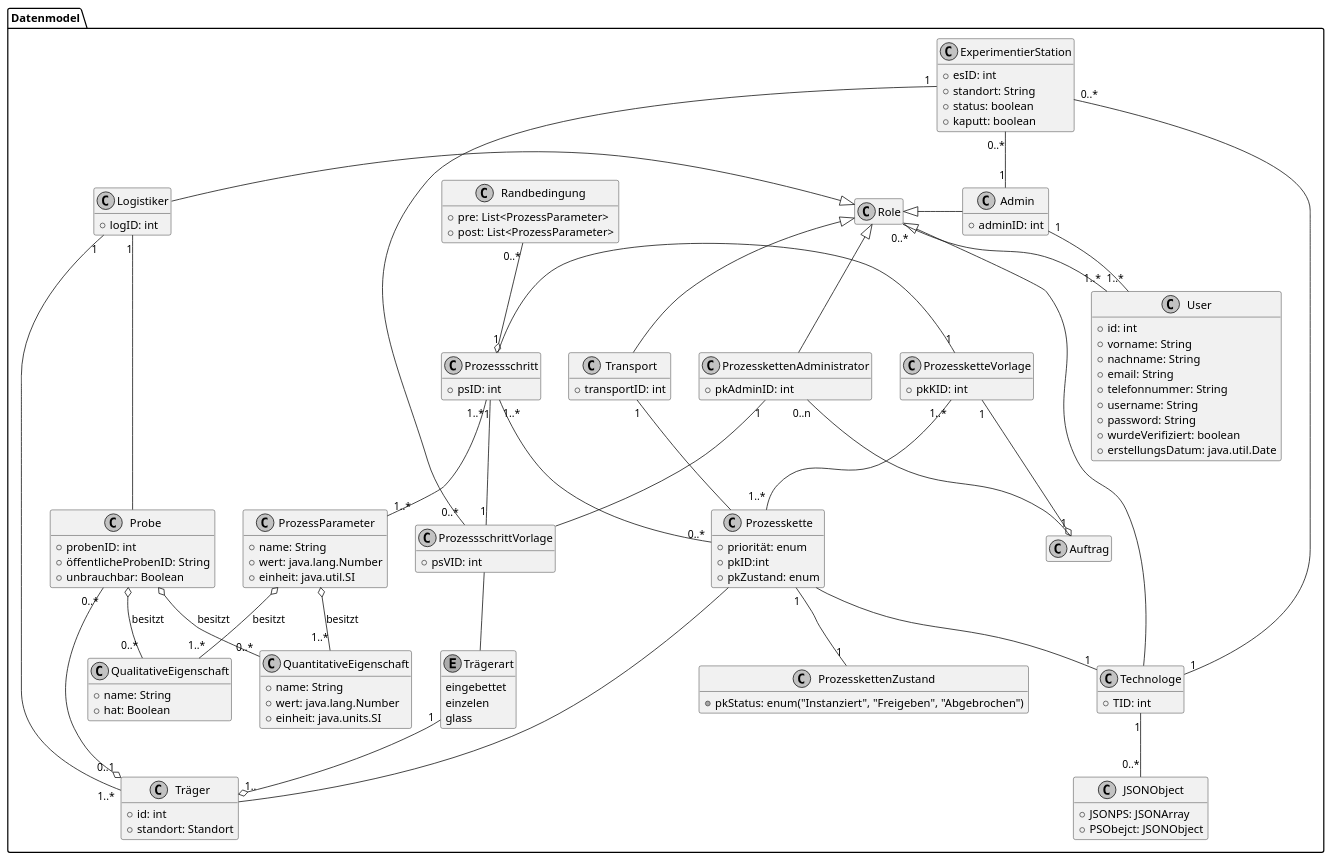
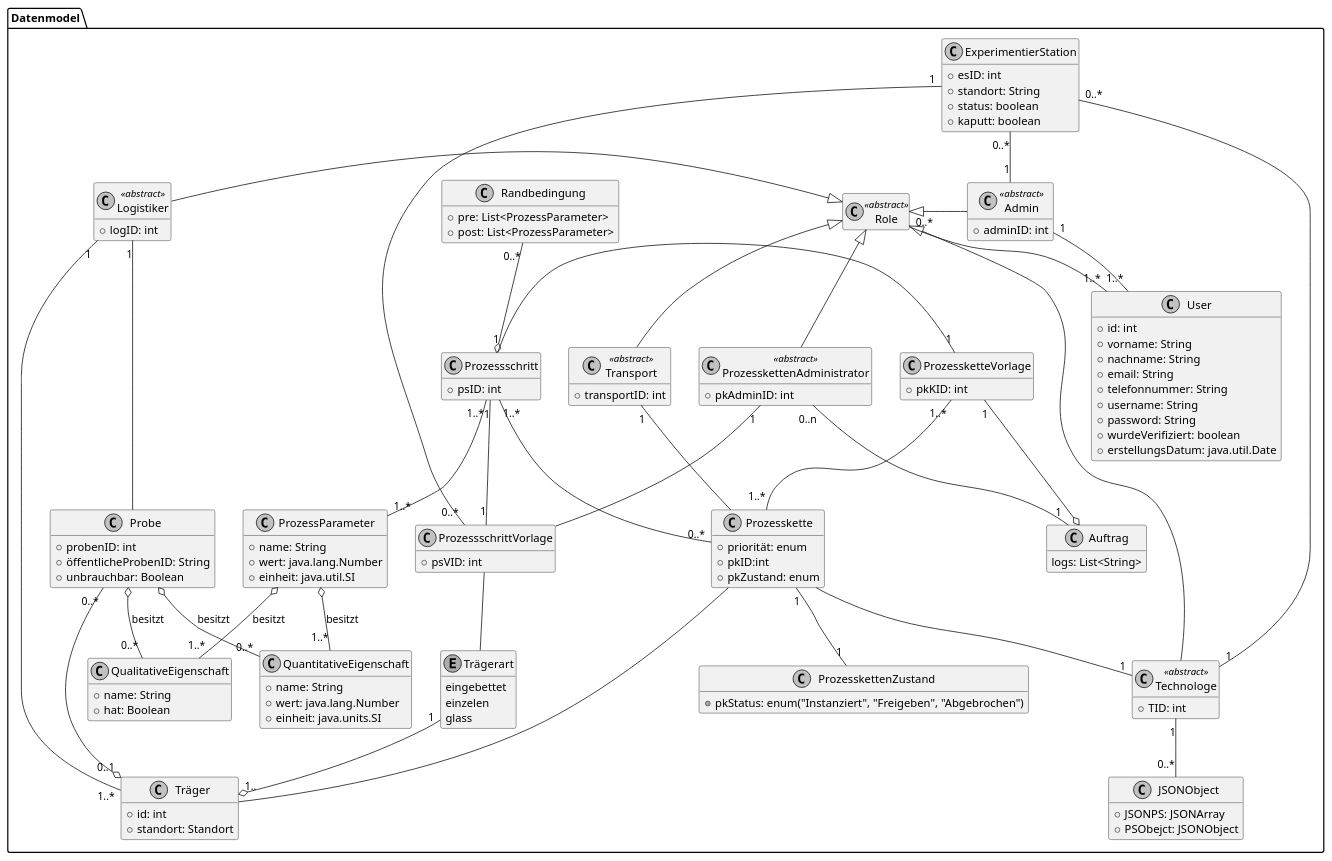
The eighth of 8 diagrams in doc/UML/plantuml.org (fkehlenb/softwareprojekt-2), drawn with PlantUML before and after one commit. The commit also changed other lines of this file and 3 other files, not shown here.

```diff
--- a/doc/UML/plantuml.org
+++ b/doc/UML/plantuml.org
@@ -125,10 +169,10 @@
 hide empty members
 
 package Datenmodel {
-  class Role {
+  class Role  <<abstract>> {
   }
 
-  class Logistiker {
+  class Logistiker  <<abstract>> {
   +logID: int
   }
 
@@ -144,16 +188,16 @@
     +erstellungsDatum: java.util.Date
   }
 
-  class Admin {
+  class Admin <<abstract>>{
     +adminID: int
   }
 
 
-  class "Technologe" as t {
+  class "Technologe" as t  <<abstract>> {
     +TID: int
   }
 
-  class "Transport" as transport {
+  class "Transport" as transport  <<abstract>> {
     +transportID: int
   }
 
@@ -202,7 +246,7 @@
   }
 
   together {
-    class "ProzesskettenAdministrator" as pkAdmin {
+    class "ProzesskettenAdministrator" as pkAdmin  <<abstract>> {
       +pkAdminID: int
     }
 
@@ -237,6 +281,10 @@
   class JSONObject {
     +JSONPS: JSONArray
     +PSObejct: JSONObject
+  }
+
+  class Auftrag {
+  logs: List<String>
   }
 
   Role <|-left- Logistiker
```
